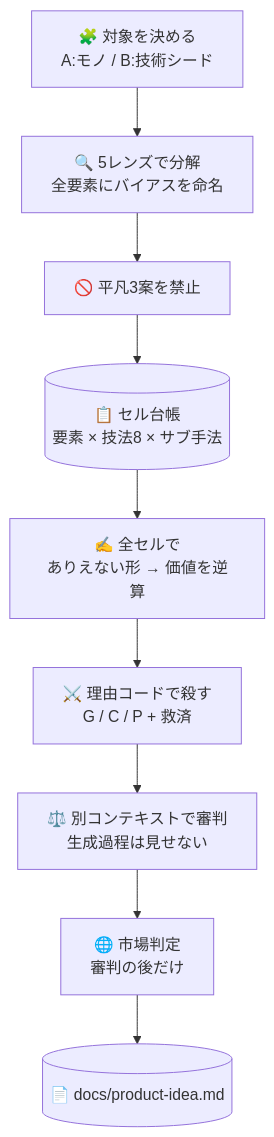
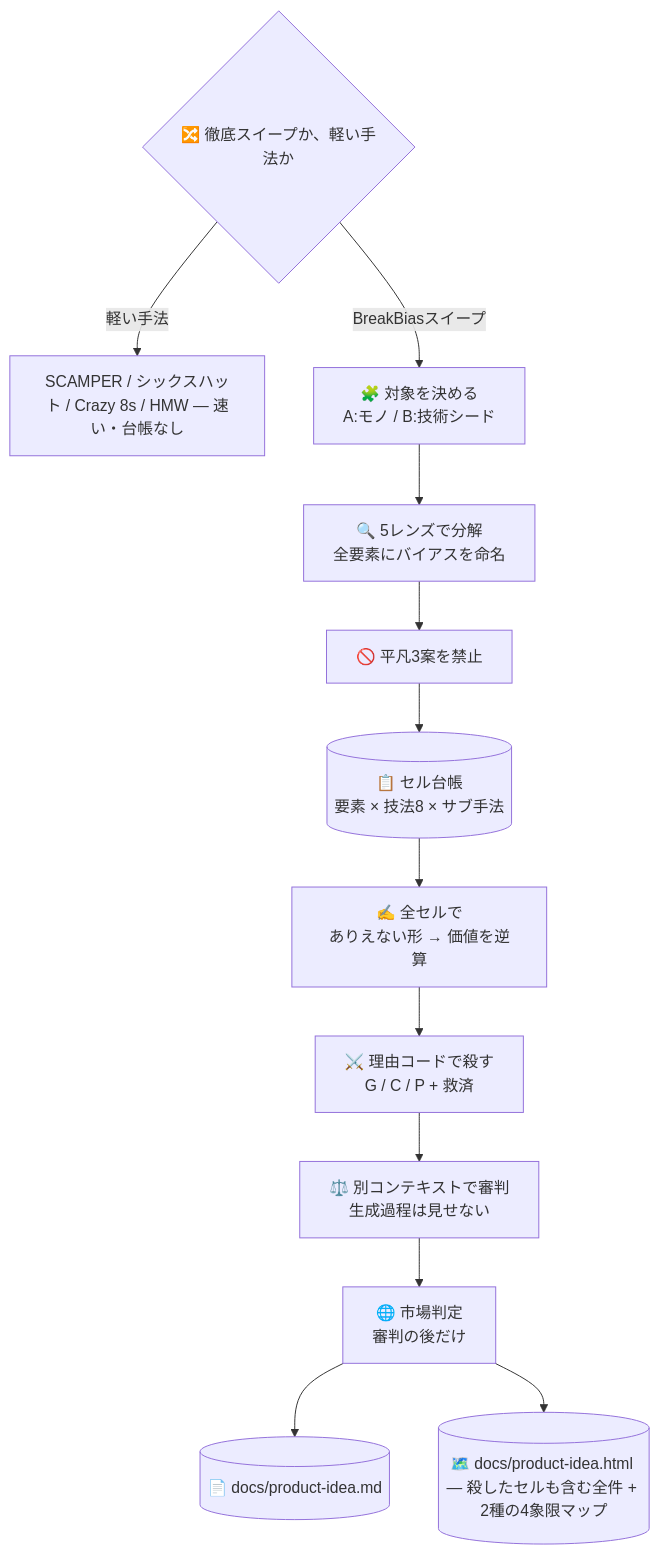
The diagram in skills/superforge-brain/README.ja.md (takaoumehara/superforge-skill), drawn with Mermaid before and after one commit. The commit also changed other lines of this file and 21 other files, not shown here.

````diff
--- a/skills/superforge-brain/README.ja.md
+++ b/skills/superforge-brain/README.ja.md
@@ -27,11 +27,14 @@
 ```mermaid
 flowchart TD
-    A[🧩 対象を決める<br/>A:モノ / B:技術シード] --> B[🔍 5レンズで分解<br/>全要素にバイアスを命名]
+    Z{🔀 徹底スイープか、軽い手法か} -->|軽い手法| ZC[SCAMPER / シックスハット / Crazy 8s / HMW — 速い・台帳なし]
+    Z -->|BreakBiasスイープ| A[🧩 対象を決める<br/>A:モノ / B:技術シード]
+    A --> B[🔍 5レンズで分解<br/>全要素にバイアスを命名]
     B --> C[🚫 平凡3案を禁止]
     C --> D[(📋 セル台帳<br/>要素 × 技法8 × サブ手法)]
     D --> E[✍️ 全セルで<br/>ありえない形 → 価値を逆算]
     E --> F[⚔️ 理由コードで殺す<br/>G / C / P + 救済]
     F --> G[⚖️ 別コンテキストで審判<br/>生成過程は見せない]
     G --> H[🌐 市場判定<br/>審判の後だけ]
     H --> I[(📄 docs/product-idea.md)]
+    H --> J[(🗺️ docs/product-idea.html — 殺したセルも含む全件 + 2種の4象限マップ)]
 ```
````
